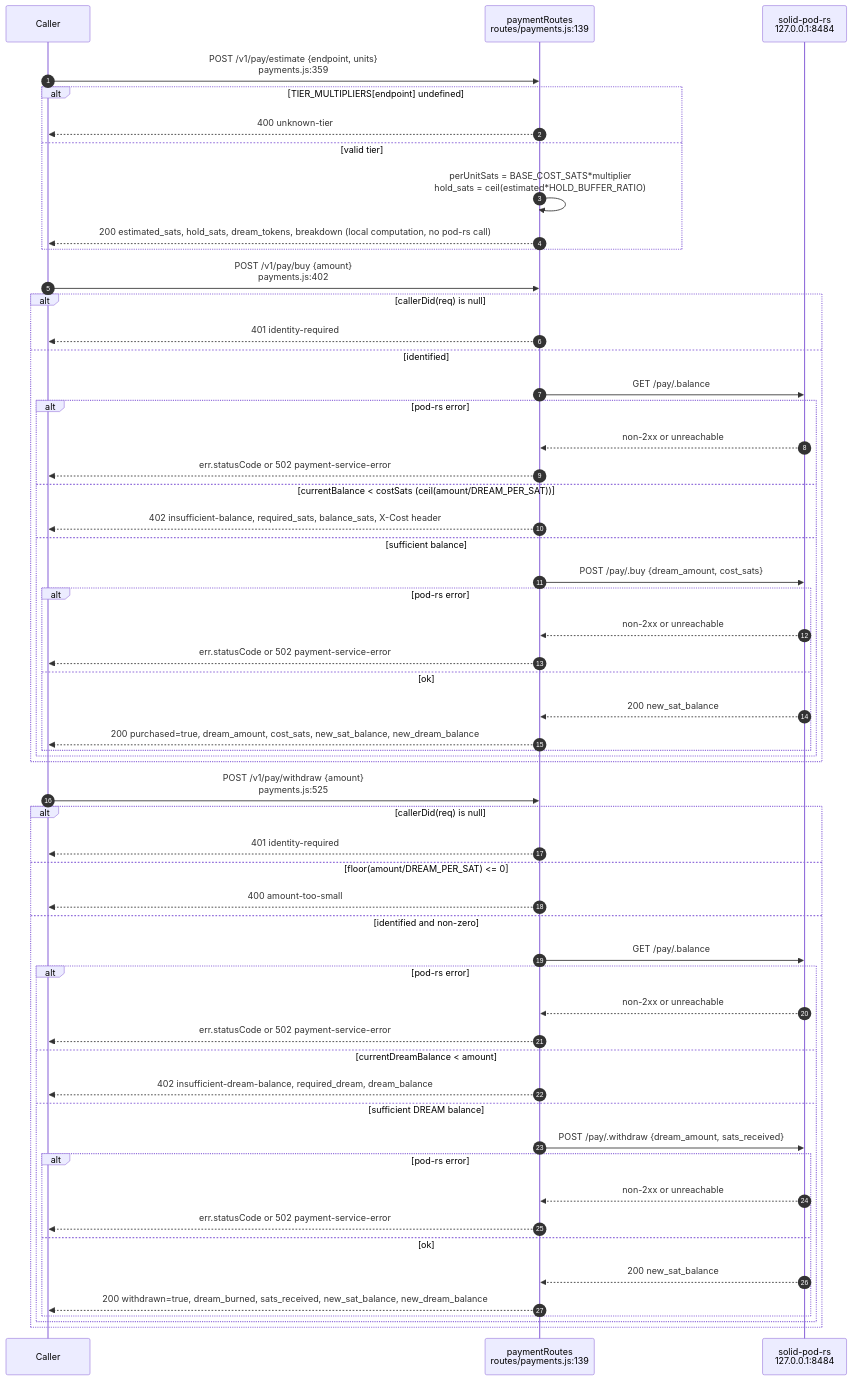
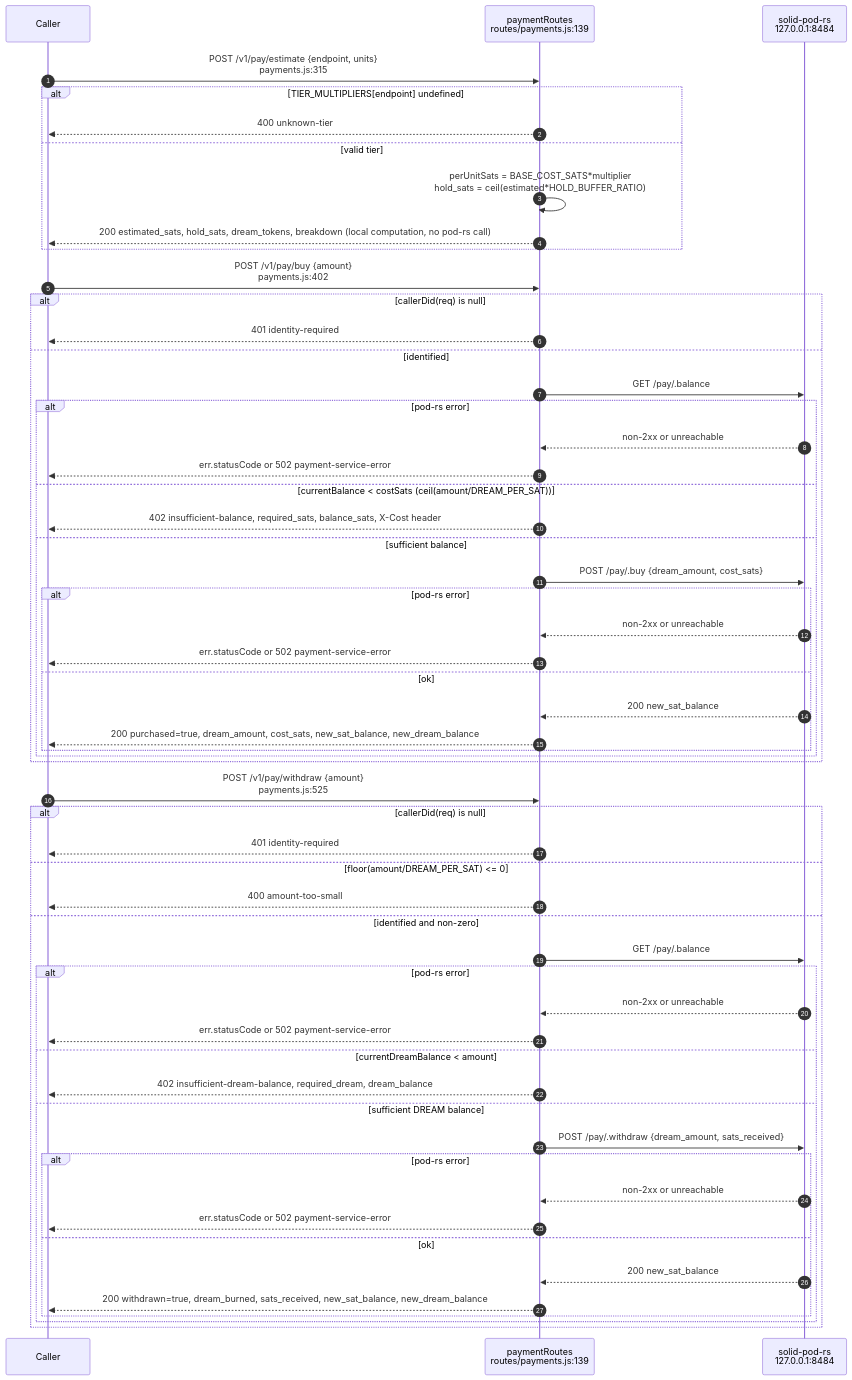
Before and after one commit to DreamLab-AI/VisionFlow: the eighth of 15 diagrams in docs/diagrams/agentbox/15-capability-gating-spend-consultants.md, drawn with Mermaid. The commit also changed other lines of this file and 160 other files, not shown here.

````diff
--- a/docs/diagrams/agentbox/15-capability-gating-spend-consultants.md
+++ b/docs/diagrams/agentbox/15-capability-gating-spend-consultants.md
@@ -383,61 +385,61 @@
 ```mermaid
 sequenceDiagram
     autonumber
     participant C as Caller
     participant R as paymentRoutes<br/>routes/payments.js:139
     participant Pod as solid-pod-rs<br/>127.0.0.1:8484
 
-    C->>R: POST /v1/pay/estimate {endpoint, units}<br/>payments.js:359
+    C->>R: POST /v1/pay/estimate {endpoint, units}<br/>payments.js:315
     alt TIER_MULTIPLIERS#91;endpoint#93; undefined
         R-->>C: 400 unknown-tier
     else valid tier
         R->>R: perUnitSats = BASE_COST_SATS*multiplier<br/>hold_sats = ceil#40;estimated*HOLD_BUFFER_RATIO#41;
         R-->>C: 200 estimated_sats, hold_sats, dream_tokens, breakdown #40;local computation, no pod-rs call#41;
     end
 
     C->>R: POST /v1/pay/buy {amount}<br/>payments.js:402
     alt callerDid(req) is null
         R-->>C: 401 identity-required
     else identified
         R->>Pod: GET /pay/.balance
         alt pod-rs error
             Pod-->>R: non-2xx or unreachable
             R-->>C: err.statusCode or 502 payment-service-error
         else currentBalance #60; costSats #40;ceil#40;amount/DREAM_PER_SAT#41;#41;
             R-->>C: 402 insufficient-balance, required_sats, balance_sats, X-Cost header
         else sufficient balance
             R->>Pod: POST /pay/.buy {dream_amount, cost_sats}
             alt pod-rs error
                 Pod-->>R: non-2xx or unreachable
                 R-->>C: err.statusCode or 502 payment-service-error
             else ok
                 Pod-->>R: 200 new_sat_balance
                 R-->>C: 200 purchased=true, dream_amount, cost_sats, new_sat_balance, new_dream_balance
             end
         end
     end
 
     C->>R: POST /v1/pay/withdraw {amount}<br/>payments.js:525
     alt callerDid(req) is null
         R-->>C: 401 identity-required
     else floor#40;amount/DREAM_PER_SAT#41; #60;#61; 0
         R-->>C: 400 amount-too-small
     else identified and non-zero
         R->>Pod: GET /pay/.balance
         alt pod-rs error
             Pod-->>R: non-2xx or unreachable
             R-->>C: err.statusCode or 502 payment-service-error
         else currentDreamBalance #60; amount
             R-->>C: 402 insufficient-dream-balance, required_dream, dream_balance
         else sufficient DREAM balance
             R->>Pod: POST /pay/.withdraw {dream_amount, sats_received}
             alt pod-rs error
                 Pod-->>R: non-2xx or unreachable
                 R-->>C: err.statusCode or 502 payment-service-error
             else ok
                 Pod-->>R: 200 new_sat_balance
                 R-->>C: 200 withdrawn=true, dream_burned, sats_received, new_sat_balance, new_dream_balance
             end
         end
     end
 ```
````
